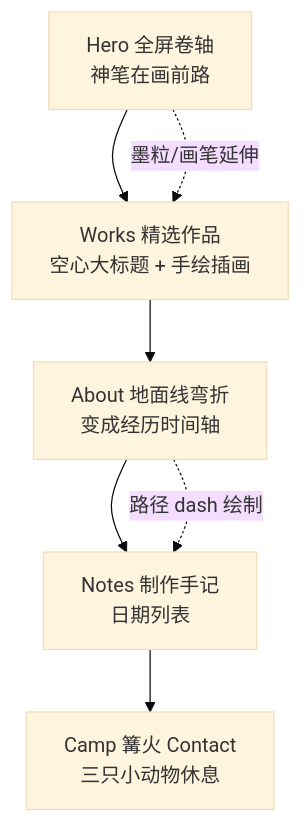
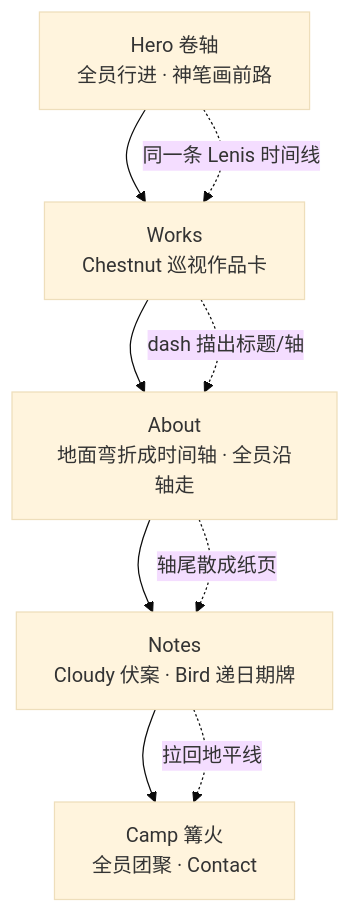
Before and after one commit to rulke/PersonalSite: the diagram in 个人主页设计与开发方案.md, drawn with Mermaid (base theme). The commit also changed other lines of this file and 1 other file, not shown here.

````diff
--- a/个人主页设计与开发方案.md
+++ b/个人主页设计与开发方案.md
@@ -560,10 +610,12 @@
 ```mermaid
 flowchart TD
-  A[Hero 全屏卷轴<br/>神笔在画前路] --> B[Works 精选作品<br/>空心大标题 + 手绘插画]
-  B --> C[About 地面线弯折<br/>变成经历时间轴]
-  C --> D[Notes 制作手记<br/>日期列表]
-  D --> E[Camp 篝火 Contact<br/>三只小动物休息]
+  A[Hero 卷轴<br/>全员行进 · 神笔画前路] --> B[Works<br/>Chestnut 巡视作品卡]
+  B --> C[About<br/>地面弯折成时间轴 · 全员沿轴走]
+  C --> D[Notes<br/>Cloudy 伏案 · Bird 递日期牌]
+  D --> E[Camp 篝火<br/>全员团聚 · Contact]
 
-  A -.墨粒/画笔延伸.-> B
-  C -.路径 dash 绘制.-> D
+  A -.同一条 Lenis 时间线.-> B
+  B -.dash 描出标题/轴.-> C
+  C -.轴尾散成纸页.-> D
+  D -.拉回地平线.-> E
 ```
````
